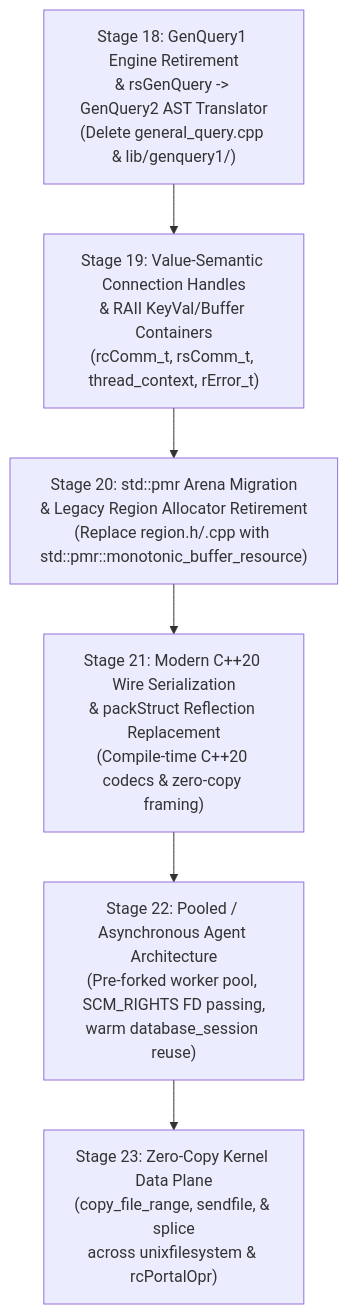
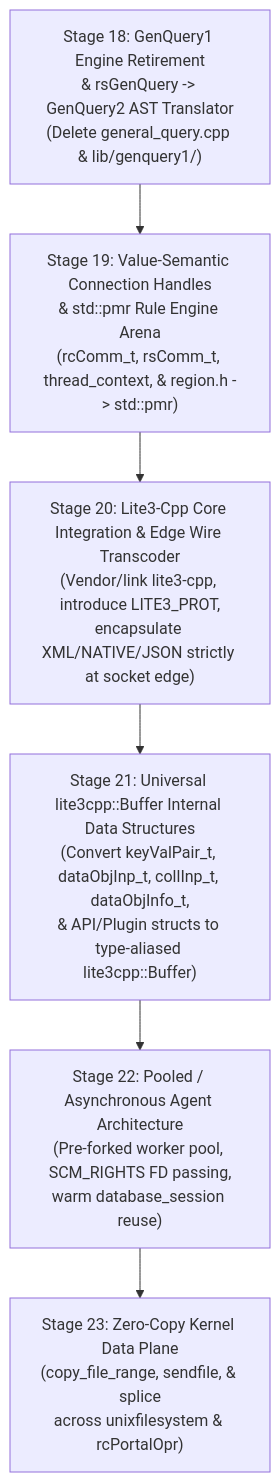
One commit to jasoncoposky/irods changed the diagram in docs/superpowers/specs/nextgen_architecture_designs.md. Above: the diagram before and after it, drawn with Mermaid. The commit also changed other lines of this file and 6 other files, not shown here.

Commit message:
docs: update Stage 19-21 specs for Lite3 Edge Wire Transcoder and Universal lite3cpp::Buffer Internal Structs

````diff
--- a/docs/superpowers/specs/nextgen_architecture_designs.md
+++ b/docs/superpowers/specs/nextgen_architecture_designs.md
@@ -12,11 +12,11 @@
 ```mermaid
 flowchart TD
     S18["Stage 18: GenQuery1 Engine Retirement\n& rsGenQuery -> GenQuery2 AST Translator\n(Delete general_query.cpp & lib/genquery1/)"]
-    S19["Stage 19: Value-Semantic Connection Handles\n& RAII KeyVal/Buffer Containers\n(rcComm_t, rsComm_t, thread_context, rError_t)"]
-    S20["Stage 20: std::pmr Arena Migration\n& Legacy Region Allocator Retirement\n(Replace region.h/.cpp with std::pmr::monotonic_buffer_resource)"]
-    S21["Stage 21: Modern C++20 Wire Serialization\n& packStruct Reflection Replacement\n(Compile-time C++20 codecs & zero-copy framing)"]
+    S19["Stage 19: Value-Semantic Connection Handles\n& std::pmr Rule Engine Arena\n(rcComm_t, rsComm_t, thread_context, & region.h -> std::pmr)"]
+    S20["Stage 20: Lite3-Cpp Core Integration & Edge Wire Transcoder\n(Vendor/link lite3-cpp, introduce LITE3_PROT,\nencapsulate XML/NATIVE/JSON strictly at socket edge)"]
+    S21["Stage 21: Universal lite3cpp::Buffer Internal Data Structures\n(Convert keyValPair_t, dataObjInp_t, collInp_t, dataObjInfo_t,\n& API/Plugin structs to type-aliased lite3cpp::Buffer)"]
     S22["Stage 22: Pooled / Asynchronous Agent Architecture\n(Pre-forked worker pool, SCM_RIGHTS FD passing,\nwarm database_session reuse)"]
     S23["Stage 23: Zero-Copy Kernel Data Plane\n(copy_file_range, sendfile, & splice\nacross unixfilesystem & rcPortalOpr)"]
 
     S18 --> S19 --> S20 --> S21 --> S22 --> S23
 ```
````
